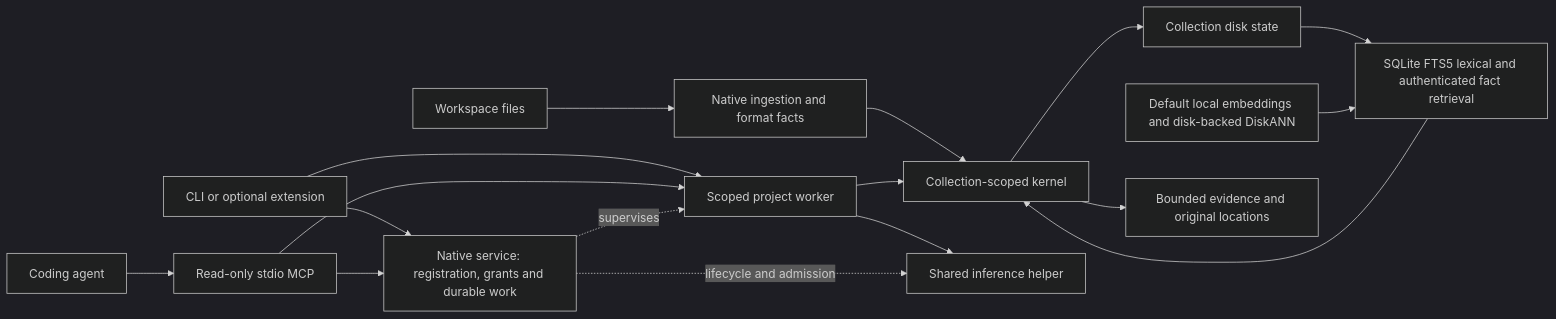
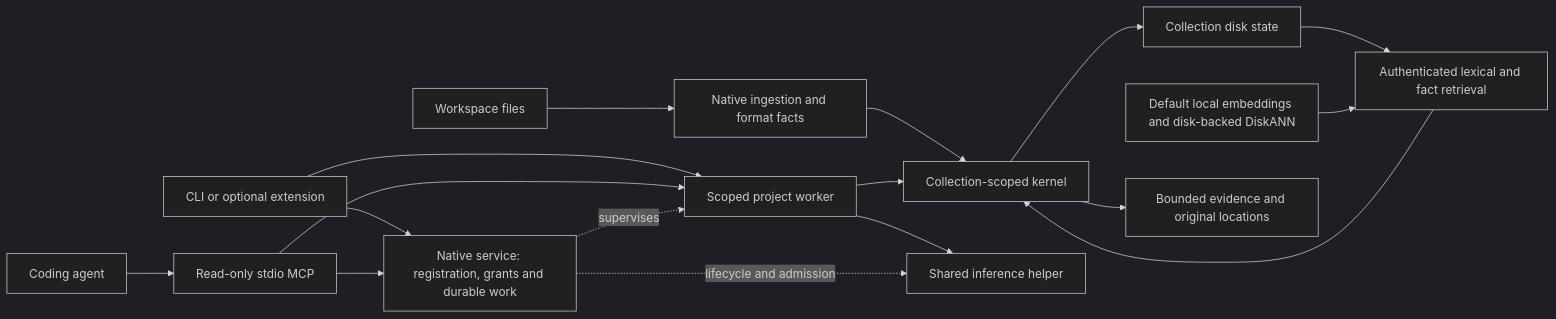
One commit to iokaio/airk changed the diagram in docs/architecture.md. Above: the diagram before and after it, drawn with Mermaid (dark theme). The commit also changed other lines of this file and 221 other files, not shown here.

```diff
--- a/docs/architecture.md
+++ b/docs/architecture.md
@@ -22,19 +24,19 @@
 ~~~mermaid
 flowchart LR
   W[Workspace files] --> I[Native ingestion and format facts]
   I --> K[Collection-scoped kernel]
   K --> S[Collection disk state]
-  S --> R[SQLite FTS5 lexical and authenticated fact retrieval]
+  S --> R[Authenticated lexical and fact retrieval]
   V[Default local embeddings and disk-backed DiskANN] --> R
   C[CLI or optional extension] --> N[Native service: registration, grants and durable work]
   A[Coding agent] --> M[Read-only stdio MCP]
   M --> N
   C --> P[Scoped project worker]
   M --> P
   N -. supervises .-> P
   P --> K
   P --> H[Shared inference helper]
   N -. lifecycle and admission .-> H
   R --> K
   K --> E[Bounded evidence and original locations]
 ~~~
```
